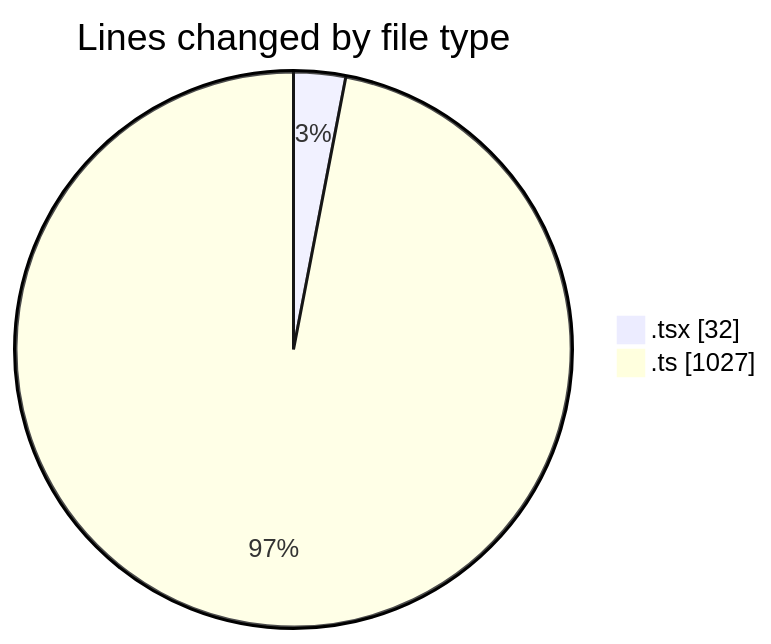
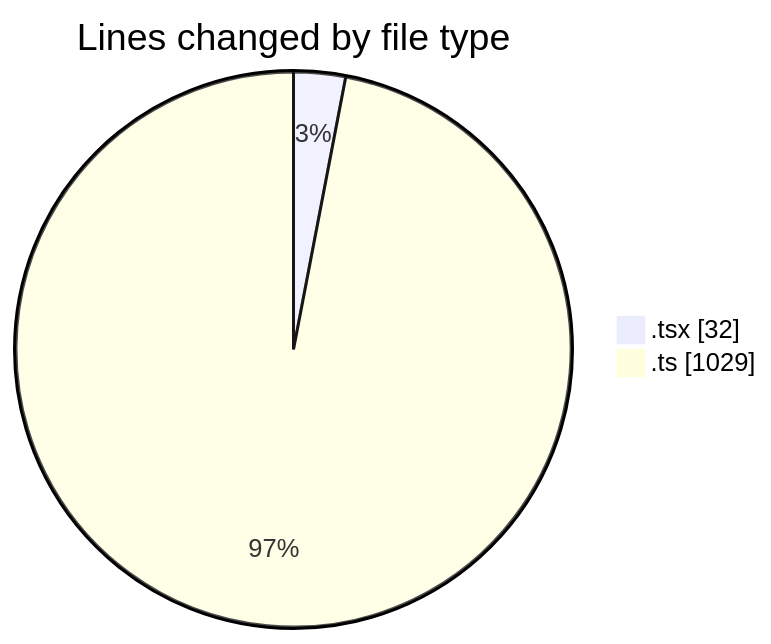
One commit to JenPaints/code-tracking changed the first of 2 diagrams in 2025-06-26/archive/README.md. Above: the diagram before and after it, drawn with Mermaid. The commit also changed other lines of this file and 1 other file, not shown here.

````diff
--- a/2025-06-26/archive/README.md
+++ b/2025-06-26/archive/README.md
@@ -23,6 +23,6 @@
 ```mermaid
 pie showData
 title Lines changed by file type
 ".tsx" : 32
-".ts" : 1027
+".ts" : 1029
 ```
````
